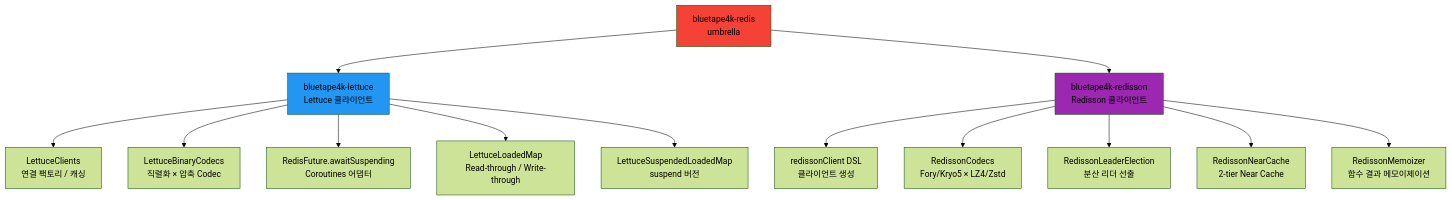
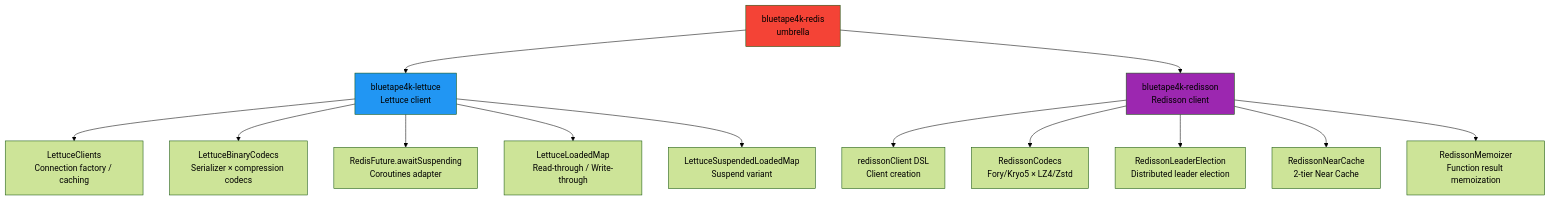
Before and after one commit to bluetape4k/bluetape4k-projects: the first of 2 diagrams in infra/redis/README.md, drawn with Mermaid (forest theme). The commit also changed other lines of this file and 265 other files, not shown here.

````diff
--- a/infra/redis/README.md
+++ b/infra/redis/README.md
@@ -109,21 +111,21 @@
 ```mermaid
 flowchart TD
-    A[bluetape4k-redis<br/>umbrella] --> B[bluetape4k-lettuce<br/>Lettuce 클라이언트]
-    A --> C[bluetape4k-redisson<br/>Redisson 클라이언트]
+    A[bluetape4k-redis<br/>umbrella] --> B[bluetape4k-lettuce<br/>Lettuce client]
+    A --> C[bluetape4k-redisson<br/>Redisson client]
 
-    B --> B1[LettuceClients<br/>연결 팩토리 / 캐싱]
-    B --> B2["LettuceBinaryCodecs<br/>직렬화 × 압축 Codec"]
-    B --> B3[RedisFuture.awaitSuspending<br/>Coroutines 어댑터]
+    B --> B1[LettuceClients<br/>Connection factory / caching]
+    B --> B2["LettuceBinaryCodecs<br/>Serializer × compression codecs"]
+    B --> B3[RedisFuture.awaitSuspending<br/>Coroutines adapter]
     B --> B4[LettuceLoadedMap<br/>Read-through / Write-through]
-    B --> B5[LettuceSuspendedLoadedMap<br/>suspend 버전]
+    B --> B5[LettuceSuspendedLoadedMap<br/>Suspend variant]
 
-    C --> C1[redissonClient DSL<br/>클라이언트 생성]
+    C --> C1[redissonClient DSL<br/>Client creation]
     C --> C2["RedissonCodecs<br/>Fory/Kryo5 × LZ4/Zstd"]
-    C --> C3[RedissonLeaderElection<br/>분산 리더 선출]
+    C --> C3[RedissonLeaderElection<br/>Distributed leader election]
     C --> C4[RedissonNearCache<br/>2-tier Near Cache]
-    C --> C5[RedissonMemoizer<br/>함수 결과 메모이제이션]
+    C --> C5[RedissonMemoizer<br/>Function result memoization]
 
     style A fill:#F44336
     style B fill:#2196F3
     style C fill:#9C27B0
 ```
````
